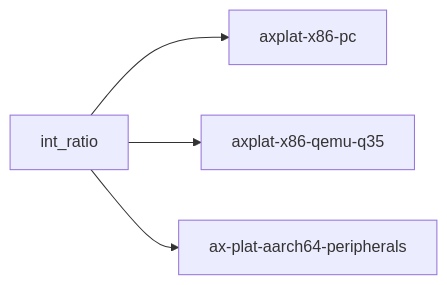
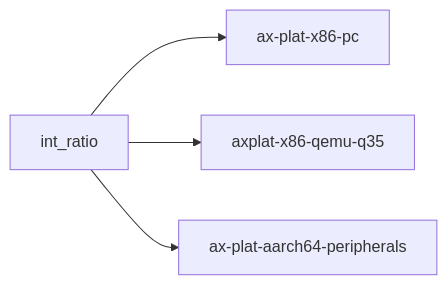
One commit to zKurisu/tgoskits changed the diagram in docs/crates/int_ratio.md. Above: the diagram before and after it, drawn with Mermaid. The commit also changed other lines of this file and 39 other files, not shown here.

Commit message:
rename axplat-x86-pc to ax-plat-x86-pc

````diff
--- a/docs/crates/int_ratio.md
+++ b/docs/crates/int_ratio.md
@@ -64,6 +64,6 @@
 ```mermaid
 graph LR
-    int_ratio["int_ratio"] --> x86pc["axplat-x86-pc"]
+    int_ratio["int_ratio"] --> x86pc["ax-plat-x86-pc"]
     int_ratio --> x86q35["axplat-x86-qemu-q35"]
     int_ratio --> aarch64["ax-plat-aarch64-peripherals"]
 ```
````
